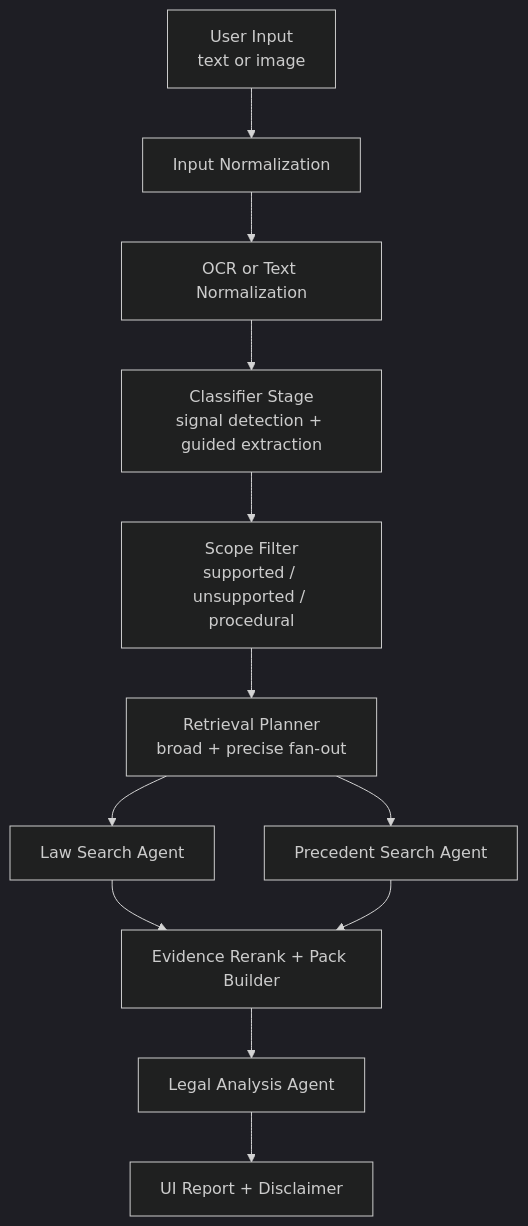
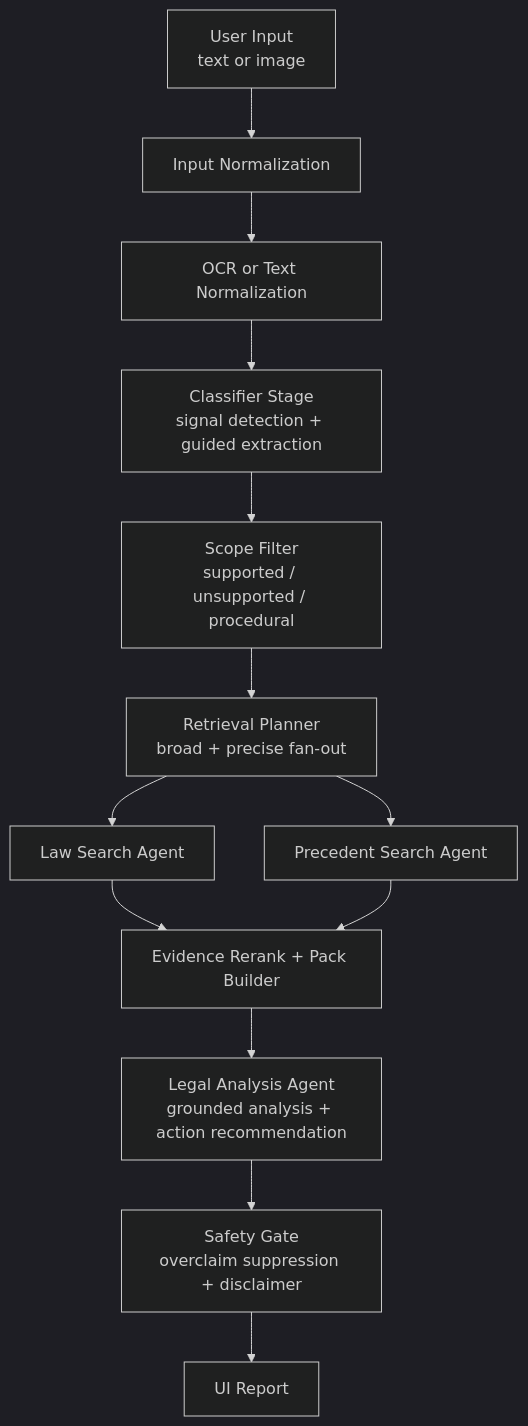
Before and after one commit to Hwangpark/Korean_law: the diagram in ARCHITECTURE.md, drawn with Mermaid (dark theme). The commit also changed other lines of this file and 1 other file, not shown here.

Commit message:
docs: tighten legal architecture safety layers

````diff
--- a/ARCHITECTURE.md
+++ b/ARCHITECTURE.md
@@ -100,14 +139,15 @@
 ```mermaid
 flowchart TD
     A["User Input<br/>text or image"] --> B["Input Normalization"]
     B --> C["OCR or Text Normalization"]
     C --> D["Classifier Stage<br/>signal detection + guided extraction"]
     D --> E["Scope Filter<br/>supported / unsupported / procedural"]
     E --> F["Retrieval Planner<br/>broad + precise fan-out"]
     F --> G["Law Search Agent"]
     F --> H["Precedent Search Agent"]
     G --> I["Evidence Rerank + Pack Builder"]
     H --> I
-    I --> J["Legal Analysis Agent"]
-    J --> K["UI Report + Disclaimer"]
+    I --> J["Legal Analysis Agent<br/>grounded analysis + action recommendation"]
+    J --> K["Safety Gate<br/>overclaim suppression + disclaimer"]
+    K --> L["UI Report"]
 ```
````
